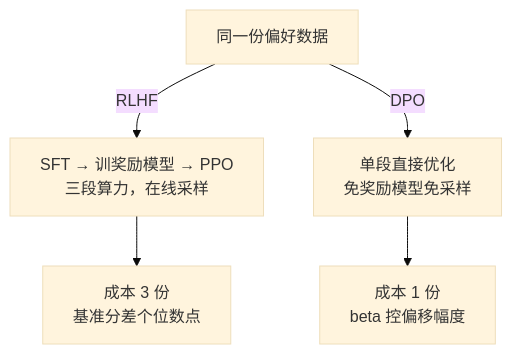
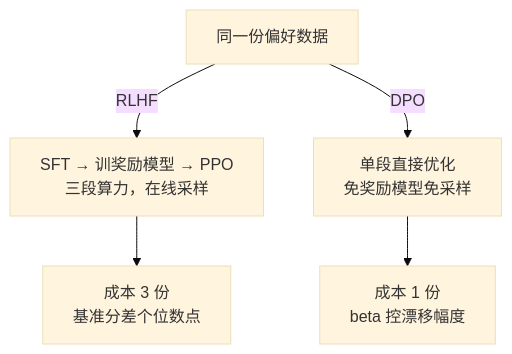
The second of 2 diagrams in vault/工程知识/AI 系统工程：从模型能力到生产能力/模型基础与训练/后训练对齐与微调改变行为边界.md (hub138/technical-knowledge), drawn with Mermaid (base theme) before and after one commit. The commit also changed other lines of this file and 622 other files, not shown here.

````diff
--- a/vault/工程知识/AI 系统工程：从模型能力到生产能力/模型基础与训练/后训练对齐与微调改变行为边界.md
+++ b/vault/工程知识/AI 系统工程：从模型能力到生产能力/模型基础与训练/后训练对齐与微调改变行为边界.md
@@ -75,7 +123,7 @@
 ```mermaid
 graph TD
     P["同一份偏好数据"] -->|"RLHF"| R["SFT → 训奖励模型 → PPO<br/>三段算力，在线采样"]
     P -->|"DPO"| D["单段直接优化<br/>免奖励模型免采样"]
     R --> R2["成本 3 份<br/>基准分差个位数点"]
-    D --> D2["成本 1 份<br/>beta 控偏移幅度"]
+    D --> D2["成本 1 份<br/>beta 控漂移幅度"]
 ```
````
